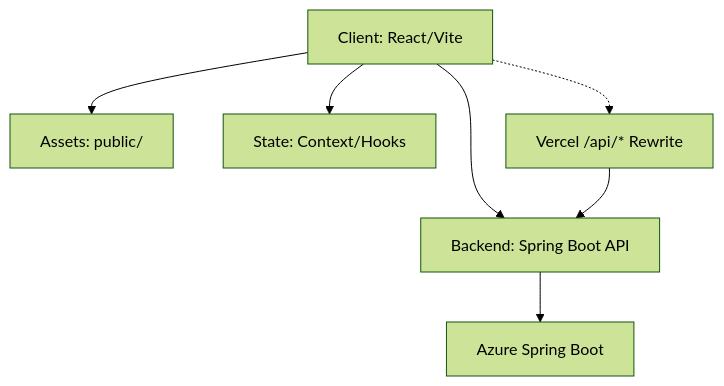
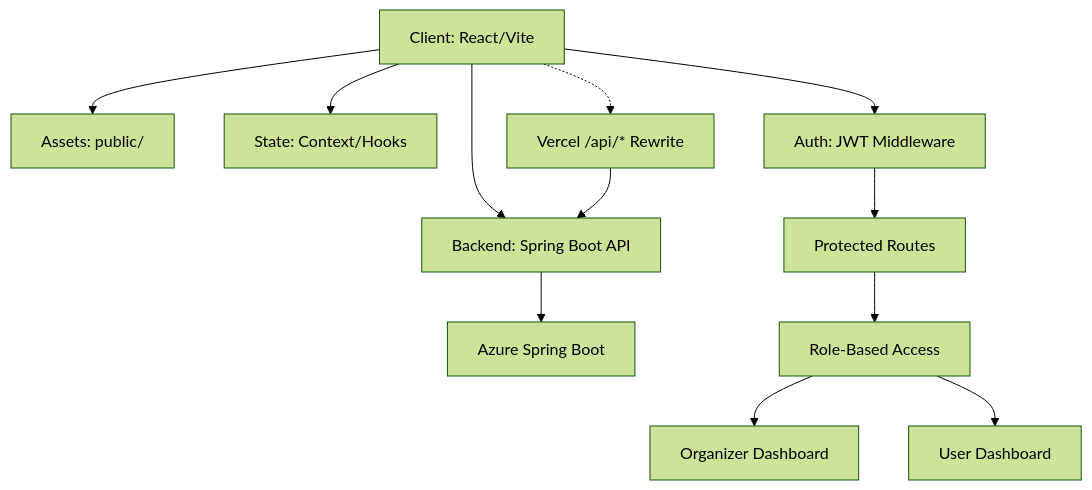
One commit to SandeepVashishtha/Eventra changed the diagram in README.md. Above: the diagram before and after it, drawn with Mermaid (forest theme). The commit also changed other lines of this file, not shown here.

First line of the commit message:
docs: enhance README with quick start, roadmap, and contributor guide

````diff
--- a/README.md
+++ b/README.md
@@ -76,9 +117,14 @@
 ```mermaid
 graph TD
     Client[Client: React/Vite] --> Assets[Assets: public/]
     Client --> State[State: Context/Hooks]
     Client --> Backend[Backend: Spring Boot API]
     Backend --> Azure[Azure Spring Boot]
     Client -.-> VercelRewrite[Vercel /api/* Rewrite]
     VercelRewrite --> Backend
+    Client --> Auth[Auth: JWT Middleware]
+    Auth --> Protected[Protected Routes]
+    Protected --> RoleCheck[Role-Based Access]
+    RoleCheck --> OrgDash[Organizer Dashboard]
+    RoleCheck --> UserDash[User Dashboard]
 ```
````
